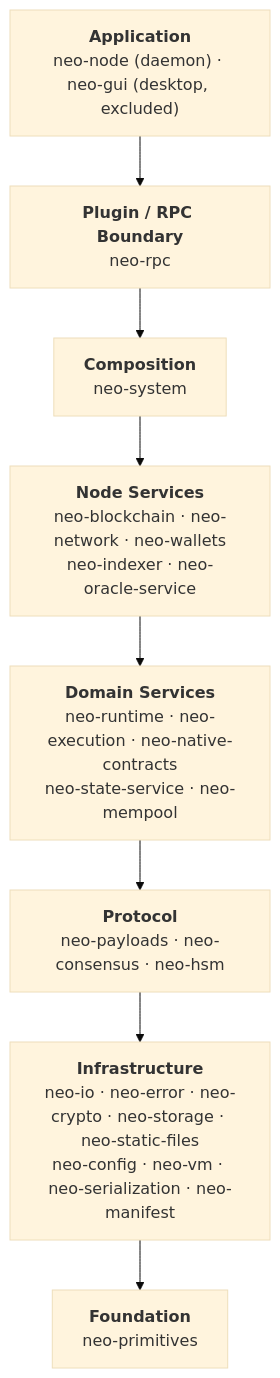
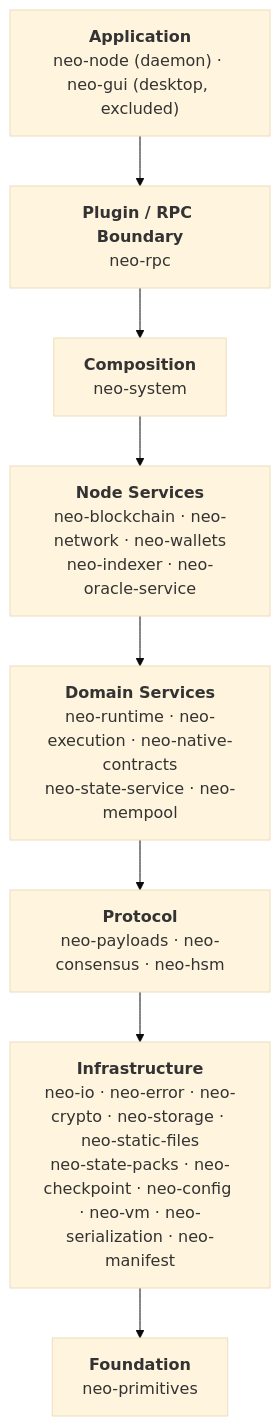
One commit to r3e-network/neo-rs changed the diagram in README.md. Above: the diagram before and after it, drawn with Mermaid (base theme). The commit also changed other lines of this file and 290 other files, not shown here.

````diff
--- a/README.md
+++ b/README.md
@@ -55,12 +55,12 @@
 ```mermaid
 flowchart TD
     APP["<b>Application</b><br/>neo-node (daemon) · neo-gui (desktop, excluded)"]
     PLUG["<b>Plugin / RPC Boundary</b><br/>neo-rpc"]
     COMP["<b>Composition</b><br/>neo-system"]
     NODE["<b>Node Services</b><br/>neo-blockchain · neo-network · neo-wallets<br/>neo-indexer · neo-oracle-service"]
     DOM["<b>Domain Services</b><br/>neo-runtime · neo-execution · neo-native-contracts<br/>neo-state-service · neo-mempool"]
     PROTO["<b>Protocol</b><br/>neo-payloads · neo-consensus · neo-hsm"]
-    INF["<b>Infrastructure</b><br/>neo-io · neo-error · neo-crypto · neo-storage · neo-static-files<br/>neo-config · neo-vm · neo-serialization · neo-manifest"]
+    INF["<b>Infrastructure</b><br/>neo-io · neo-error · neo-crypto · neo-storage · neo-static-files<br/>neo-state-packs · neo-checkpoint · neo-config · neo-vm · neo-serialization · neo-manifest"]
     FND["<b>Foundation</b><br/>neo-primitives"]
     APP --> PLUG --> COMP --> NODE --> DOM --> PROTO --> INF --> FND
 ```
````
